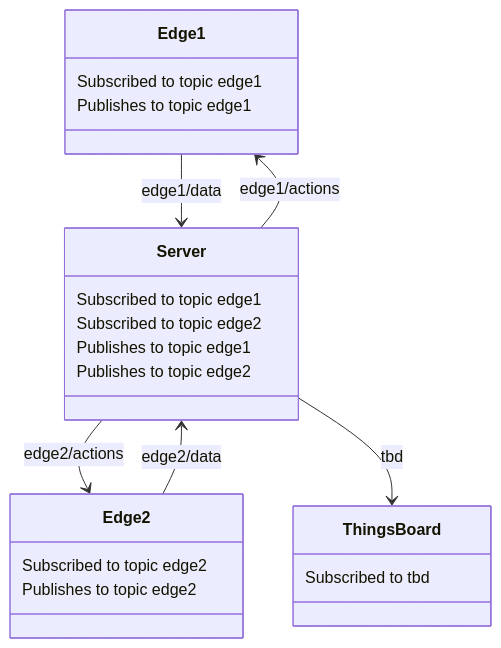
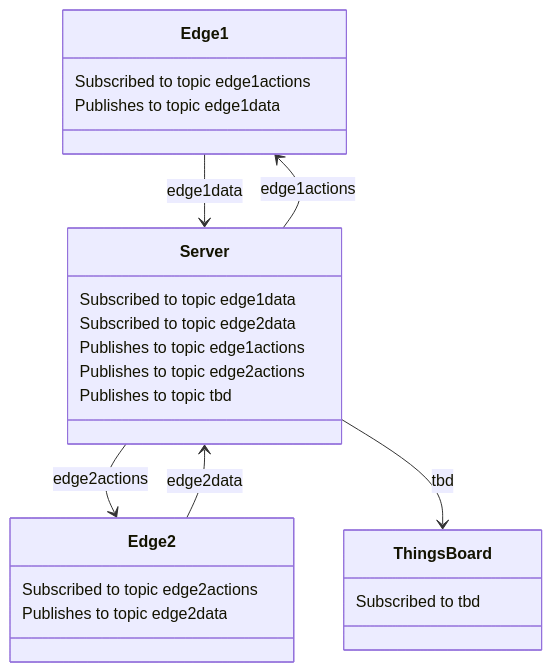
One commit to jag3rm3ist3r/GroupAssignment changed the second of 2 diagrams in README.md. Above: the diagram before and after it, drawn with Mermaid.

Commit message:
Modified diagram to represent topics accurately.

````diff
--- a/README.md
+++ b/README.md
@@ -55,29 +55,30 @@
 ```mermaid
 classDiagram
 class Edge1
 class Edge2
 class Server
 class ThingsBoard
 
-Edge1 --> Server : edge1/data
-Edge2 --> Server : edge2/data
+Edge1 --> Server : edge1data
+Edge2 --> Server : edge2data
 
-Server --> Edge1 : edge1/actions
-Server --> Edge2 : edge2/actions
+Server --> Edge1 : edge1actions
+Server --> Edge2 : edge2actions
 
-Edge1 : Subscribed to topic edge1
-Edge2 : Subscribed to topic edge2
+Edge1 : Subscribed to topic edge1actions
+Edge2 : Subscribed to topic edge2actions
 
-Server : Subscribed to topic edge1
-Server : Subscribed to topic edge2
+Server : Subscribed to topic edge1data
+Server : Subscribed to topic edge2data
 
-Edge1 : Publishes to topic edge1
-Edge2 : Publishes to topic edge2
+Edge1 : Publishes to topic edge1data
+Edge2 : Publishes to topic edge2data
 
-Server : Publishes to topic edge1
-Server : Publishes to topic edge2
+Server : Publishes to topic edge1actions
+Server : Publishes to topic edge2actions
+Server : Publishes to topic tbd
 
 Server --> ThingsBoard : tbd
 
 ThingsBoard : Subscribed to tbd
 ```
````
